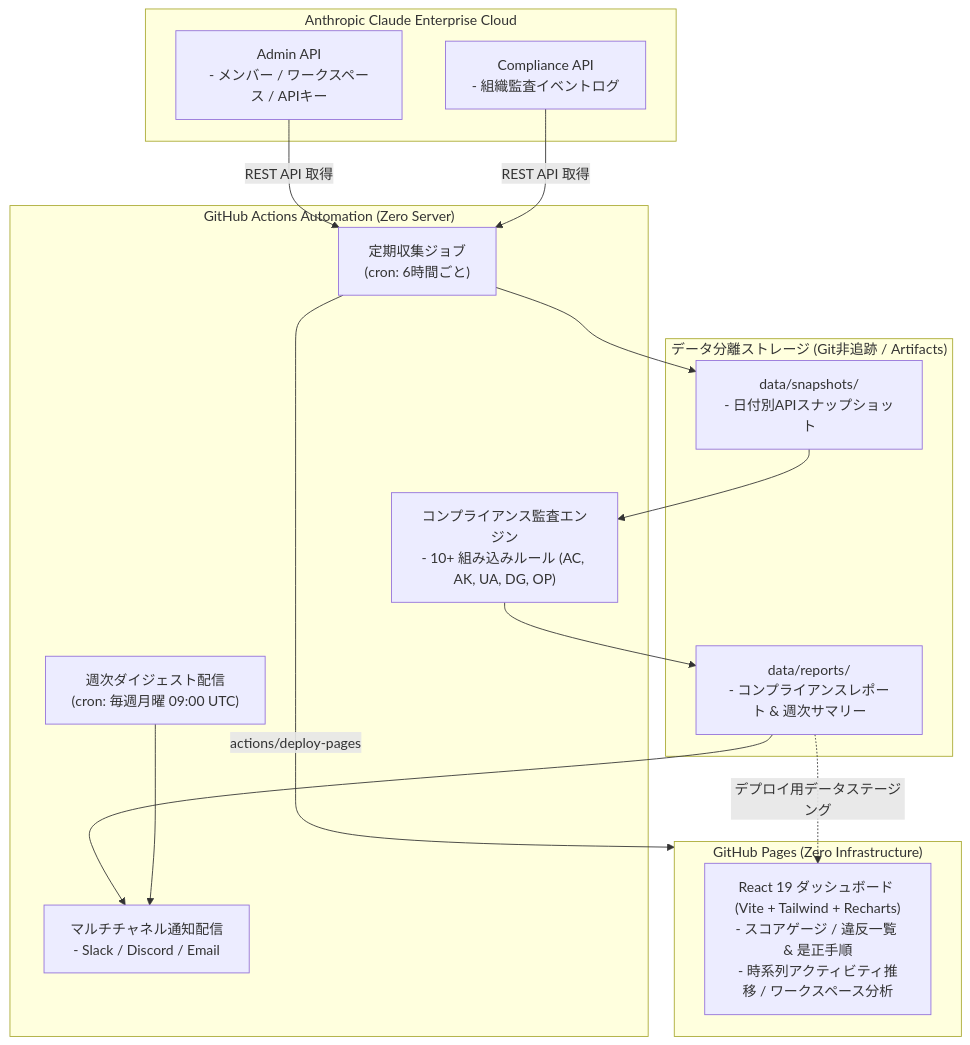
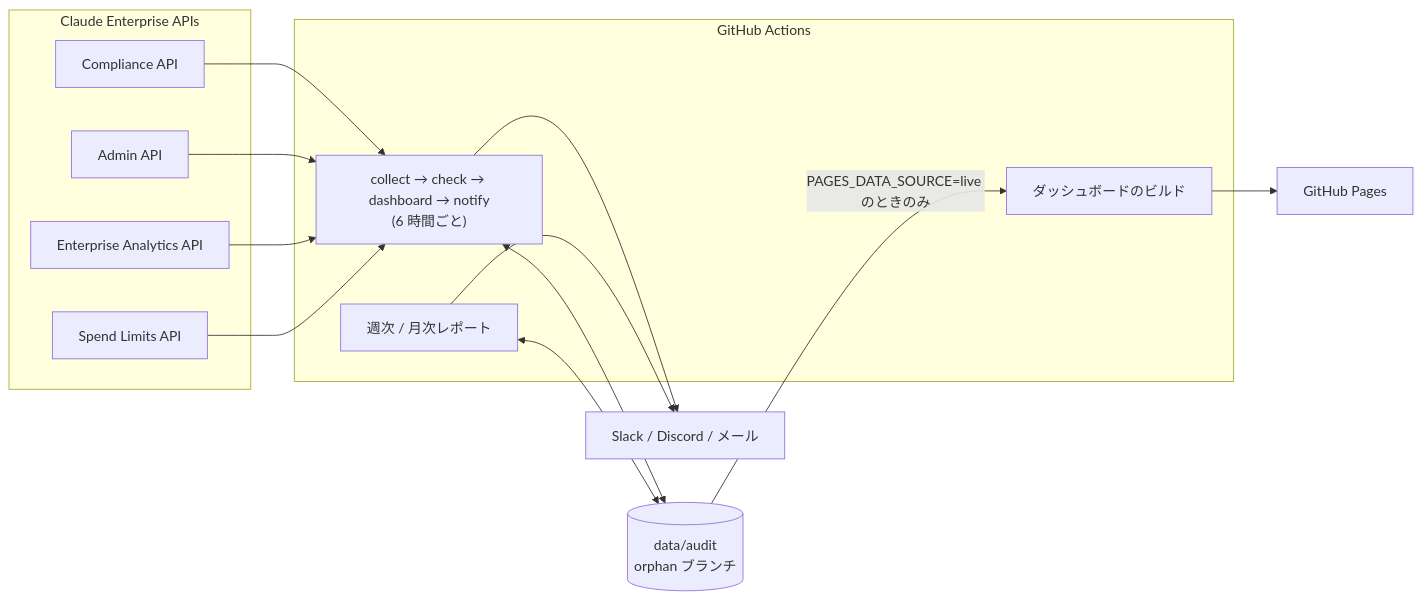
The diagram in README.ja.md (sun-flat-yamada/claude-audit-dashboard), drawn with Mermaid before and after one commit. The commit also changed other lines of this file and 158 other files, not shown here.

First line of the commit message:
refactor!: rebuild on Claude Enterprise APIs with a Clean Architecture

````diff
--- a/README.ja.md
+++ b/README.ja.md
@@ -81,33 +62,25 @@
 ```mermaid
-flowchart TD
-    subgraph Anthropic_Cloud["Anthropic Claude Enterprise Cloud"]
-        AdminAPI["Admin API\n- メンバー / ワークスペース / APIキー"]
-        CompAPI["Compliance API\n- 組織監査イベントログ"]
+flowchart LR
+    subgraph Anthropic["Claude Enterprise APIs"]
+        CA["Compliance API"]
+        AA["Admin API"]
+        NA["Enterprise Analytics API"]
+        SA["Spend Limits API"]
     end
+    subgraph Actions["GitHub Actions"]
+        COL["collect → check → dashboard → notify<br/>(6 時間ごと)"]
+        REP["週次 / 月次レポート"]
+        BLD["ダッシュボードのビルド"]
+    end
+    DATA[("data/audit<br/>orphan ブランチ")]
+    PAGES["GitHub Pages"]
+    CH["Slack / Discord / メール"]
 
-    subgraph GitHub_Actions["GitHub Actions Automation (Zero Server)"]
-        CronAudit["定期収集ジョブ\n(cron: 6時間ごと)"]
-        CronWeekly["週次ダイジェスト配信\n(cron: 毎週月曜 09:00 UTC)"]
-        Checker["コンプライアンス監査エンジン\n- 10+ 組み込みルール (AC, AK, UA, DG, OP)"]
-        Notifier["マルチチャネル通知配信\n- Slack / Discord / Email"]
-    end
-
-    subgraph Storage["データ分離ストレージ (Git非追跡 / Artifacts)"]
-        Snapshots["data/snapshots/\n- 日付別APIスナップショット"]
-        Reports["data/reports/\n- コンプライアンスレポート & 週次サマリー"]
-    end
-
-    subgraph Hosting["GitHub Pages (Zero Infrastructure)"]
-        SPA["React 19 ダッシュボード (Vite + Tailwind + Recharts)\n- スコアゲージ / 違反一覧 & 是正手順\n- 時系列アクティビティ推移 / ワークスペース分析"]
-    end
-
-    AdminAPI -->|REST API 取得| CronAudit
-    CompAPI -->|REST API 取得| CronAudit
-    CronAudit --> Snapshots
-    Snapshots --> Checker
-    Checker --> Reports
-    Reports --> Notifier
-    Reports -.->|デプロイ用データステージング| SPA
-    CronWeekly --> Notifier
-    CronAudit -->|actions/deploy-pages| Hosting
+    CA & AA & NA & SA --> COL
+    COL <--> DATA
+    REP <--> DATA
+    COL --> CH
+    REP --> CH
+    DATA -->|"PAGES_DATA_SOURCE=live のときのみ"| BLD
+    BLD --> PAGES
 ```
````
